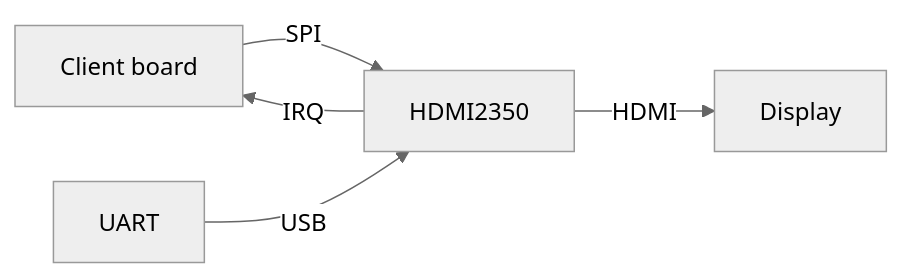
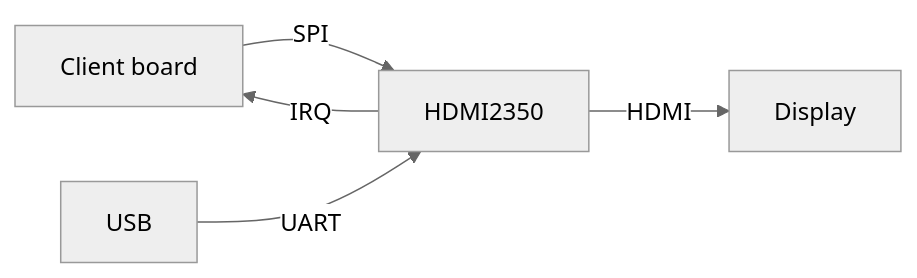
One commit to elsteveogrande/hdmi2350 changed the diagram in README.md. Above: the diagram before and after it, drawn with Mermaid (neutral theme). The commit also changed other lines of this file and 10 other files, not shown here.

````diff
--- a/README.md
+++ b/README.md
@@ -15,7 +15,7 @@
 ```mermaid
 graph LR
   Client[Client board] -- SPI --> HDMI2350
   HDMI2350 -- IRQ --> Client
-  UART -- USB --> HDMI2350
+  USB -- UART --> HDMI2350
   HDMI2350 -- HDMI --> Display
 ```
````
